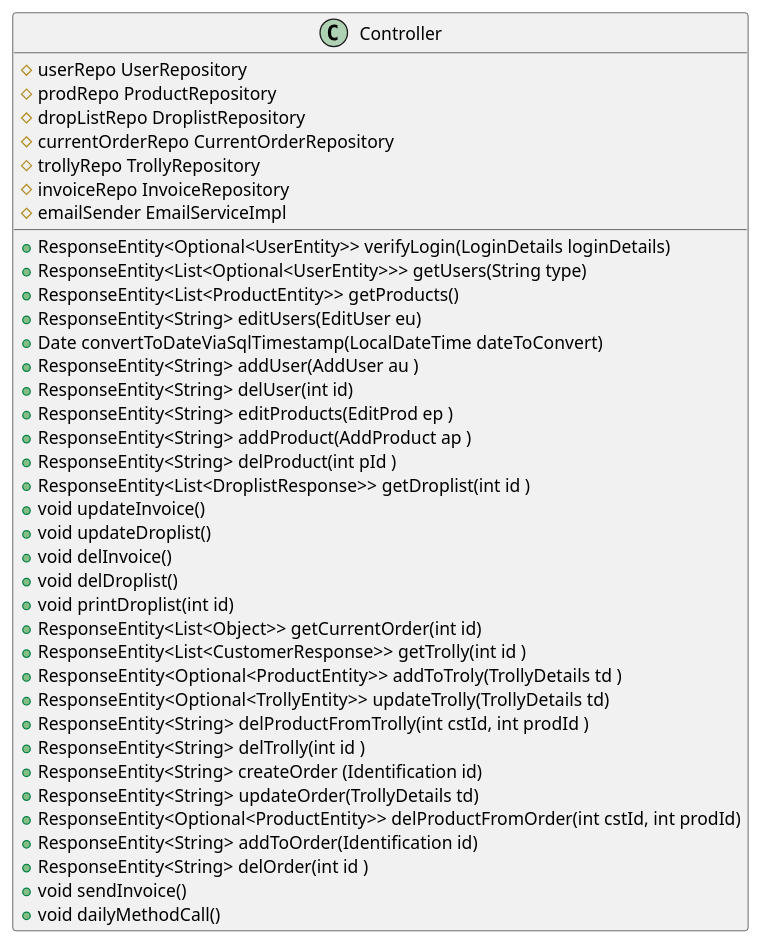
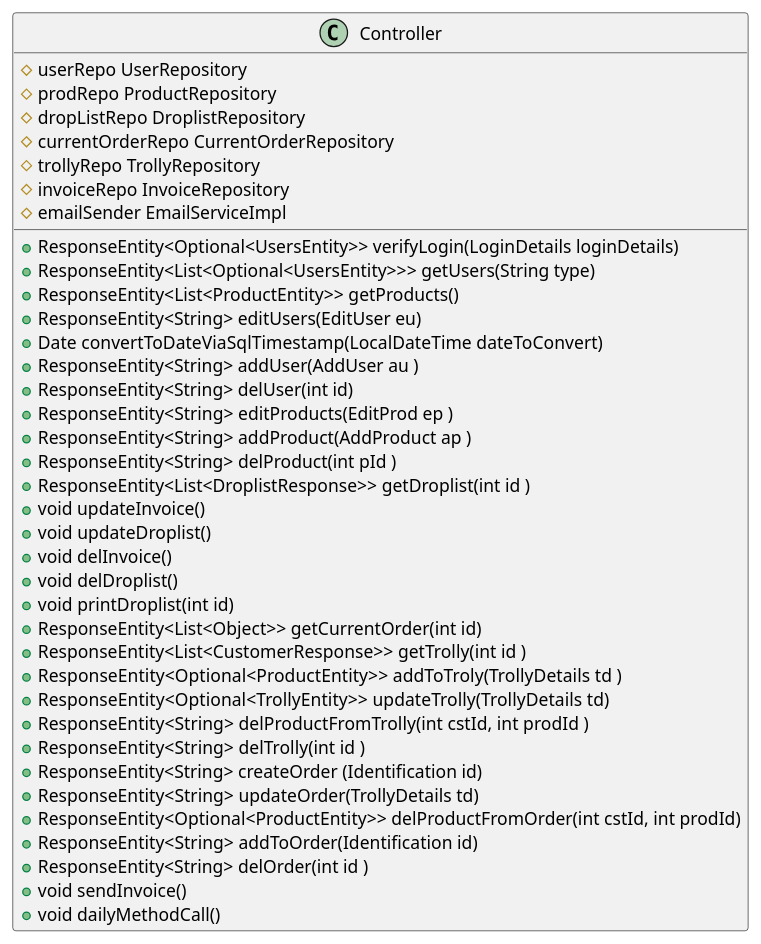
One commit to avahora866/dev-backend changed the diagram in src/main/java/com/milk4u/doorstep/delivery/controller/Controller.puml. Above: the diagram before and after it, drawn with PlantUML. The commit also changed 15 other files, not shown here.

```diff
--- a/src/main/java/com/milk4u/doorstep/delivery/controller/Controller.puml
+++ b/src/main/java/com/milk4u/doorstep/delivery/controller/Controller.puml
@@ -1,42 +1,42 @@
 @startuml
 'https://plantuml.com/class-diagram
 
 class Controller {
 	#userRepo UserRepository
 	#prodRepo ProductRepository
 	#dropListRepo DroplistRepository
 	#currentOrderRepo CurrentOrderRepository
 	#trollyRepo TrollyRepository
 	#invoiceRepo InvoiceRepository
 	#emailSender EmailServiceImpl
-	+ResponseEntity<Optional<UserEntity>> verifyLogin(LoginDetails loginDetails)
-	+ResponseEntity<List<Optional<UserEntity>>> getUsers(String type)
+	+ResponseEntity<Optional<UsersEntity>> verifyLogin(LoginDetails loginDetails)
+	+ResponseEntity<List<Optional<UsersEntity>>> getUsers(String type)
 	+ResponseEntity<List<ProductEntity>> getProducts()
     +ResponseEntity<String> editUsers(EditUser eu)
     +Date convertToDateViaSqlTimestamp(LocalDateTime dateToConvert)
     +ResponseEntity<String> addUser(AddUser au )
     +ResponseEntity<String> delUser(int id)
     +ResponseEntity<String> editProducts(EditProd ep )
     +ResponseEntity<String> addProduct(AddProduct ap )
     +ResponseEntity<String> delProduct(int pId )
     +ResponseEntity<List<DroplistResponse>> getDroplist(int id )
     +void updateInvoice()
     +void updateDroplist()
     +void delInvoice()
     +void delDroplist()
     +void printDroplist(int id)
     +ResponseEntity<List<Object>> getCurrentOrder(int id)
     +ResponseEntity<List<CustomerResponse>> getTrolly(int id )
     +ResponseEntity<Optional<ProductEntity>> addToTroly(TrollyDetails td )
     +ResponseEntity<Optional<TrollyEntity>> updateTrolly(TrollyDetails td)
     +ResponseEntity<String> delProductFromTrolly(int cstId, int prodId )
     +ResponseEntity<String> delTrolly(int id )
     +ResponseEntity<String> createOrder (Identification id)
     +ResponseEntity<String> updateOrder(TrollyDetails td)
     +ResponseEntity<Optional<ProductEntity>> delProductFromOrder(int cstId, int prodId)
     +ResponseEntity<String> addToOrder(Identification id)
     +ResponseEntity<String> delOrder(int id )
     +void sendInvoice()
     +void dailyMethodCall()
 }
 @enduml
```
